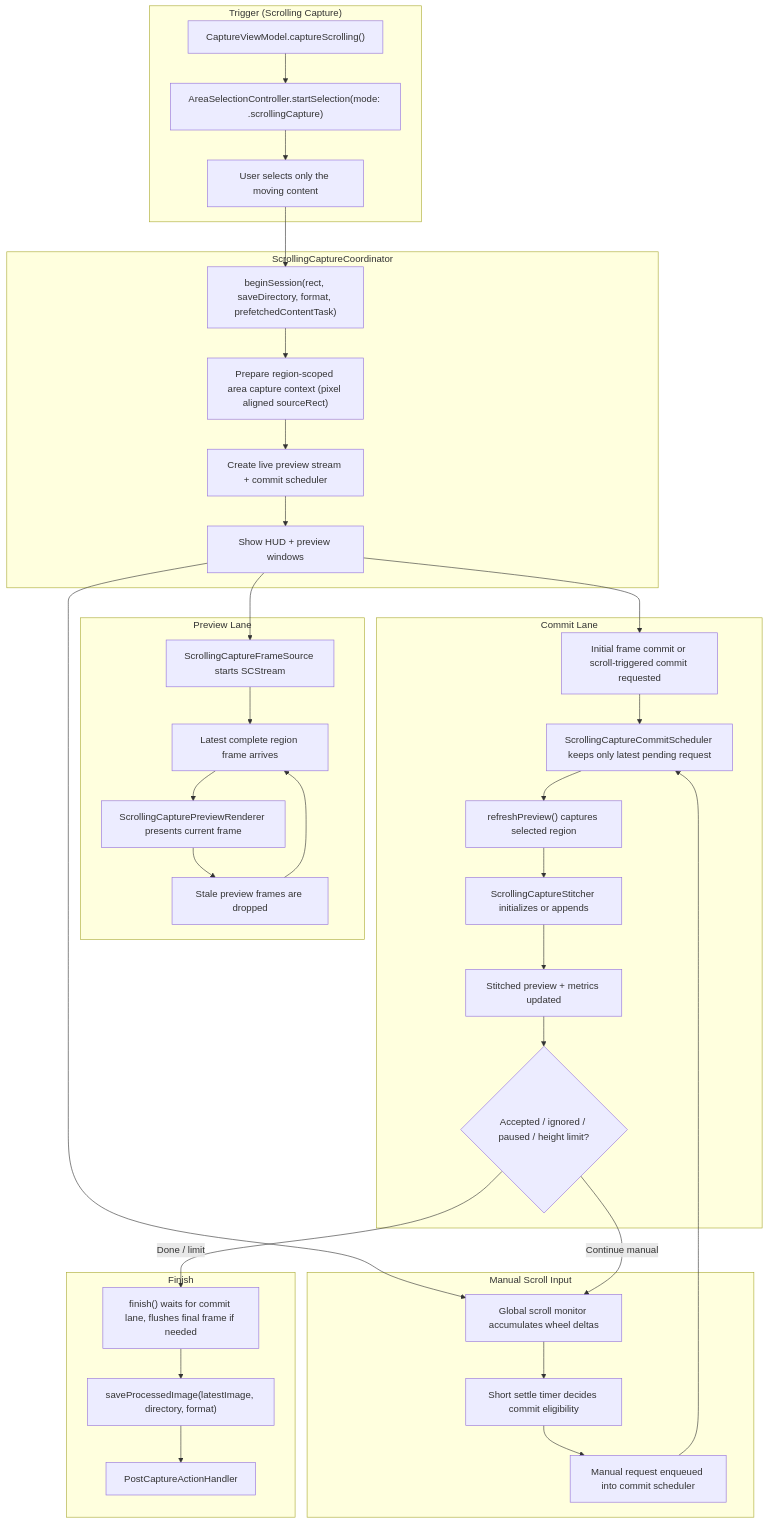
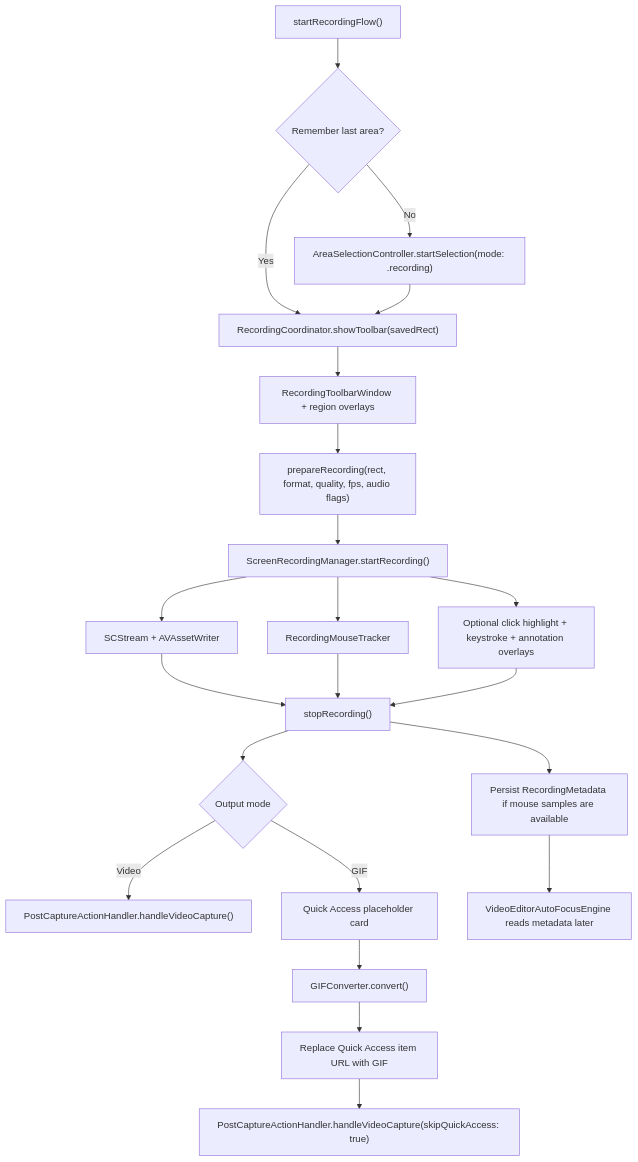
One commit to duongductrong/Snapzy changed the fourth of 7 diagrams in docs/capture-flow.md. Above: the diagram before and after it, drawn with Mermaid. The commit also changed other lines of this file and 3 other files, not shown here.

````diff
--- a/docs/capture-flow.md
+++ b/docs/capture-flow.md
@@ -134,50 +121,30 @@
 ```mermaid
 flowchart TD
-    subgraph Trigger["Trigger (Scrolling Capture)"]
-        A1["CaptureViewModel.captureScrolling()"]
-        A2["AreaSelectionController.startSelection(mode: .scrollingCapture)"]
-        A3["User selects only the moving content"]
-    end
+    A["startRecordingFlow()"] --> B{"Remember last area?"}
+    B -->|Yes| C["RecordingCoordinator.showToolbar(savedRect)"]
+    B -->|No| D["AreaSelectionController.startSelection(mode: .recording)"]
+    D --> C
 
-    subgraph Session["ScrollingCaptureCoordinator"]
-        B1["beginSession(rect, saveDirectory, format, prefetchedContentTask)"]
-        B2["Prepare region-scoped area capture context (pixel aligned sourceRect)"]
-        B3["Create live preview stream + commit scheduler"]
-        B4["Show HUD + preview windows"]
-    end
+    C --> E["RecordingToolbarWindow + region overlays"]
+    E --> F["prepareRecording(rect, format, quality, fps, audio flags)"]
+    F --> G["ScreenRecordingManager.startRecording()"]
 
-    subgraph Preview["Preview Lane"]
-        C1["ScrollingCaptureFrameSource starts SCStream"]
-        C2["Latest complete region frame arrives"]
-        C3["ScrollingCapturePreviewRenderer presents current frame"]
-        C4["Stale preview frames are dropped"]
-    end
+    G --> H["SCStream + AVAssetWriter"]
+    G --> I["RecordingMouseTracker"]
+    G --> J["Optional click highlight + keystroke + annotation overlays"]
 
-    subgraph Commit["Commit Lane"]
-        D1["Initial frame commit or scroll-triggered commit requested"]
-        D2["ScrollingCaptureCommitScheduler keeps only latest pending request"]
-        D3["refreshPreview() captures selected region"]
-        D4["ScrollingCaptureStitcher initializes or appends"]
-        D5["Stitched preview + metrics updated"]
-        D6{"Accepted / ignored / paused / height limit?"}
-    end
+    H --> K["stopRecording()"]
+    I --> K
+    J --> K
 
-    subgraph Manual["Manual Scroll Input"]
-        E1["Global scroll monitor accumulates wheel deltas"]
-        E2["Short settle timer decides commit eligibility"]
-        E3["Manual request enqueued into commit scheduler"]
-    end
+    K --> L["Persist RecordingMetadata if mouse samples are available"]
+    K --> M{"Output mode"}
 
-    subgraph Finish["Finish"]
-        F1["finish() waits for commit lane, flushes final frame if needed"]
-        F2["saveProcessedImage(latestImage, directory, format)"]
-        F3["PostCaptureActionHandler"]
-    end
+    M -->|Video| N["PostCaptureActionHandler.handleVideoCapture()"]
+    M -->|GIF| O["Quick Access placeholder card"]
+    O --> P["GIFConverter.convert()"]
+    P --> Q["Replace Quick Access item URL with GIF"]
+    Q --> R["PostCaptureActionHandler.handleVideoCapture(skipQuickAccess: true)"]
 
-    A1 --> A2 --> A3 --> B1 --> B2 --> B3 --> B4
-    B4 --> C1 --> C2 --> C3 --> C4 --> C2
-    B4 --> D1 --> D2 --> D3 --> D4 --> D5 --> D6
-    B4 --> E1 --> E2 --> E3 --> D2
-    D6 -->|Continue manual| E1
-    D6 -->|Done / limit| F1 --> F2 --> F3
+    L --> S["VideoEditorAutoFocusEngine reads metadata later"]
 ```
````
